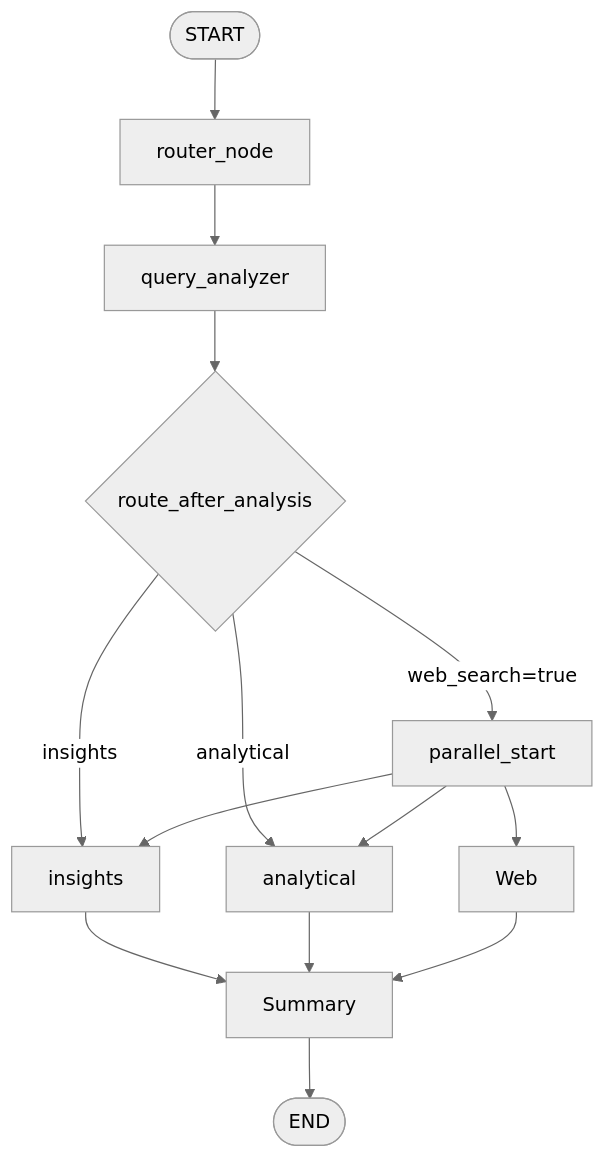
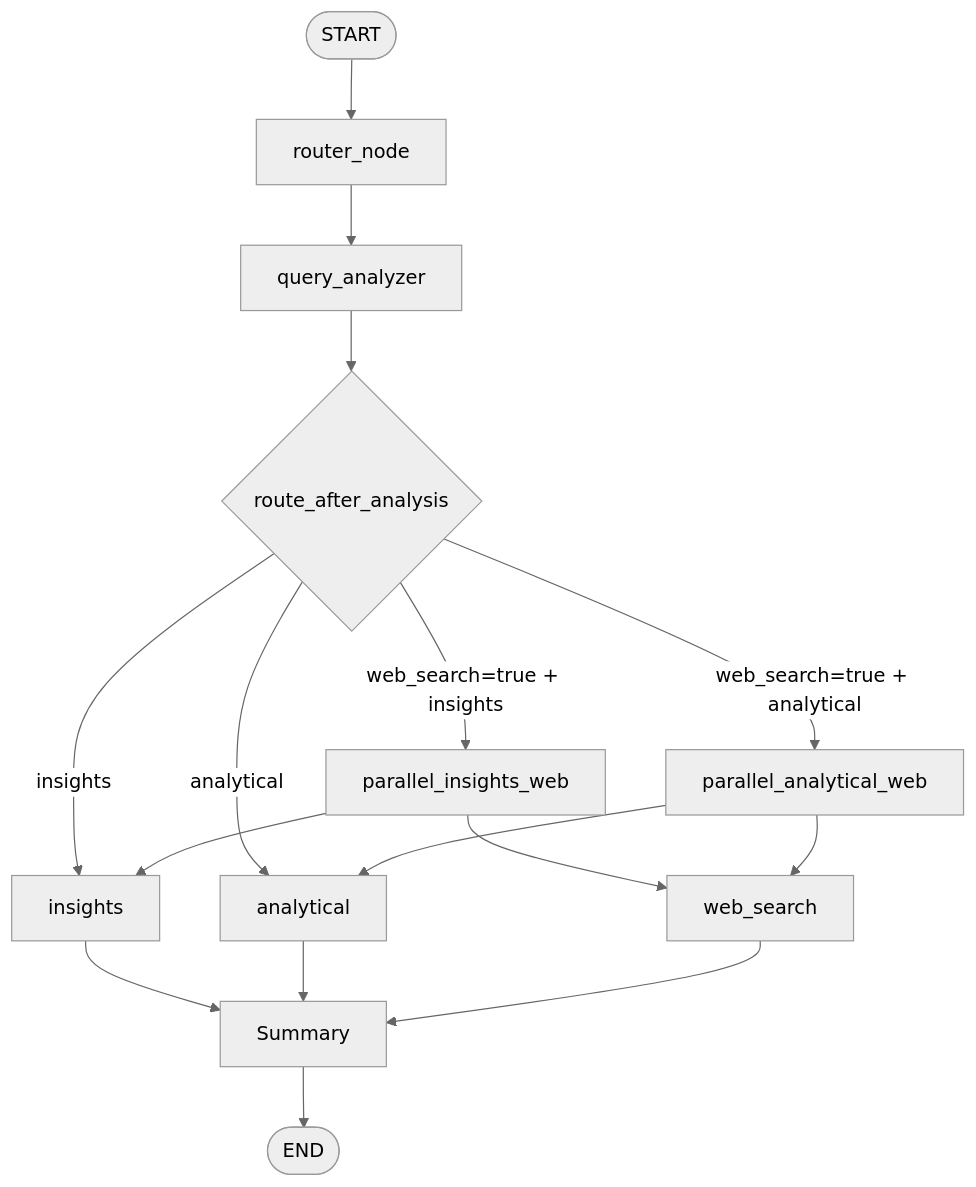
The third of 4 diagrams in documentation/architecture_overview.md (crimsonKn1ght/llm-app-agent-data-science_v1), drawn with Mermaid (neutral theme) before and after one commit. The commit also changed other lines of this file and 13 other files, not shown here.

First line of the commit message:
Harden beta chat workflow and request-owned web search

````diff
--- a/documentation/architecture_overview.md
+++ b/documentation/architecture_overview.md
@@ -116,21 +117,23 @@
 ```mermaid
 flowchart TD
     Start(["START"]) --> Router["router_node"]
     Router --> Analyzer["query_analyzer"]
 
     Analyzer --> Decision{"route_after_analysis"}
 
     Decision -- "insights" --> Insights["insights"]
     Decision -- "analytical" --> Analytical["analytical"]
-    Decision -- "web_search=true" --> Parallel["parallel_start"]
+    Decision -- "web_search=true + insights" --> ParallelIW["parallel_insights_web"]
+    Decision -- "web_search=true + analytical" --> ParallelAW["parallel_analytical_web"]
 
-    Parallel --> Insights
-    Parallel --> Analytical
-    Parallel --> Web
+    ParallelIW --> Insights
+    ParallelIW --> Web["web_search"]
+    ParallelAW --> Analytical
+    ParallelAW --> Web
 
     Insights --> Summary
     Analytical --> Summary
     Web --> Summary
 
     Summary --> End(["END"])
 ```
````
